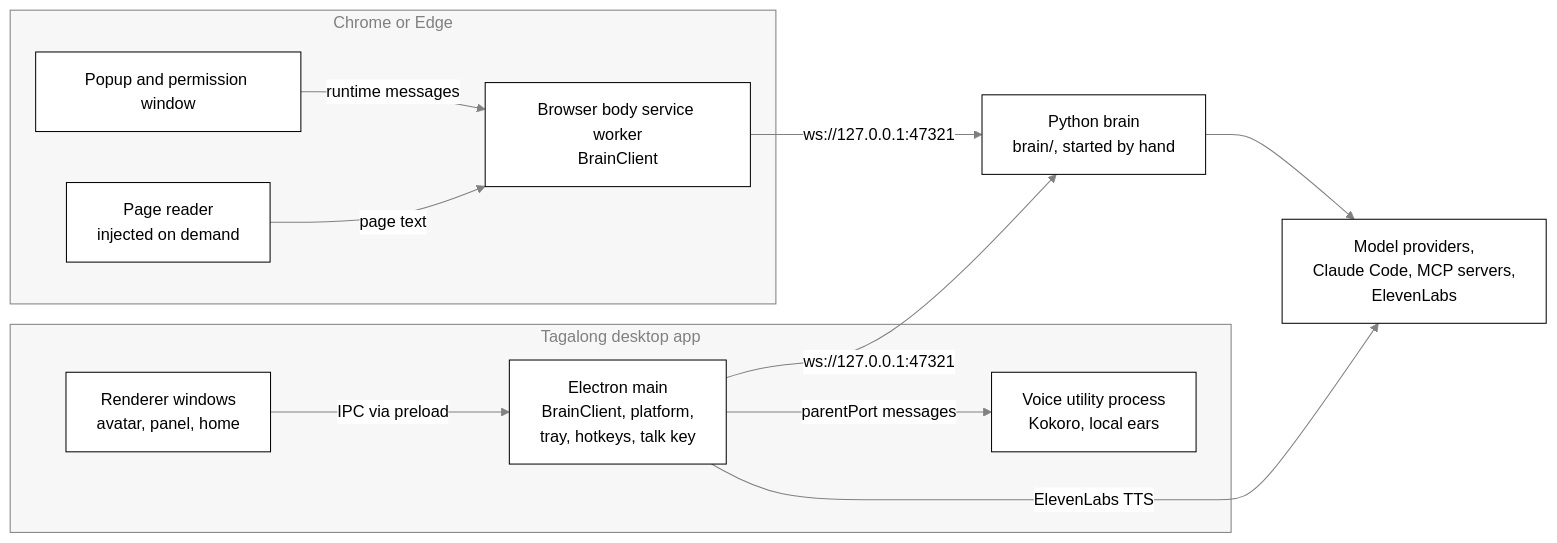
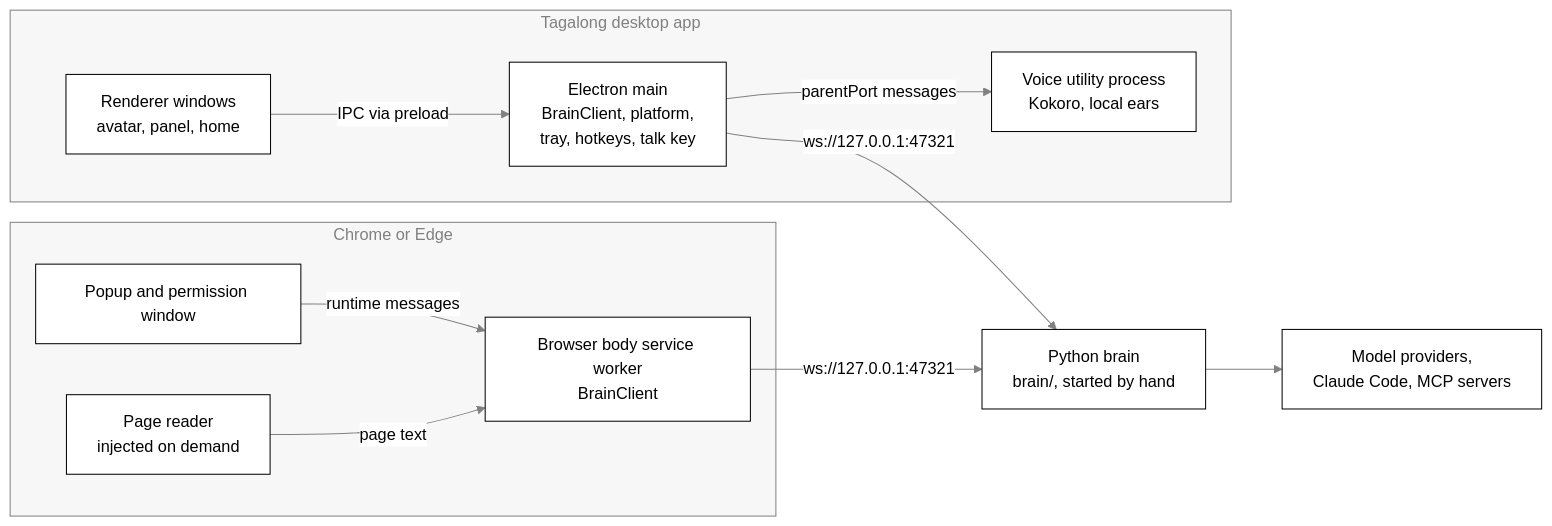
One commit to nadeem4/tagalong changed the first of 3 diagrams in docs/architecture.md. Above: the diagram before and after it, drawn with Mermaid. The commit also changed other lines of this file and 49 other files, not shown here.

````diff
--- a/docs/architecture.md
+++ b/docs/architecture.md
@@ -31,24 +31,23 @@
 ```mermaid
 %%{init: {"theme": "base", "themeVariables": {"primaryColor": "#ffffff", "primaryTextColor": "#000000", "primaryBorderColor": "#000000", "lineColor": "#808080", "secondaryColor": "#f2f2f2", "tertiaryColor": "#ffffff", "clusterBkg": "#f7f7f7", "clusterBorder": "#808080", "edgeLabelBackground": "#ffffff", "titleColor": "#808080", "fontFamily": "Segoe UI, Helvetica, Arial, sans-serif"}}}%%
 flowchart LR
   subgraph Electron["Tagalong desktop app"]
     R["Renderer windows<br>avatar, panel, home"]
     M["Electron main<br>BrainClient, platform,<br>tray, hotkeys, talk key"]
     V["Voice utility process<br>Kokoro, local ears"]
   end
   subgraph Chrome["Chrome or Edge"]
     SW["Browser body service worker<br>BrainClient"]
     PU["Popup and permission window"]
     CS["Page reader<br>injected on demand"]
   end
   P["Python brain<br>brain/, started by hand"]
-  X["Model providers,<br>Claude Code, MCP servers,<br>ElevenLabs"]
+  X["Model providers,<br>Claude Code, MCP servers"]
   R -- "IPC via preload" --> M
   M -- "ws://127.0.0.1:47321" --> P
   M -- "parentPort messages" --> V
   SW -- "ws://127.0.0.1:47321" --> P
   PU -- "runtime messages" --> SW
   CS -- "page text" --> SW
   P --> X
-  M -- "ElevenLabs TTS" --> X
 ```
````
